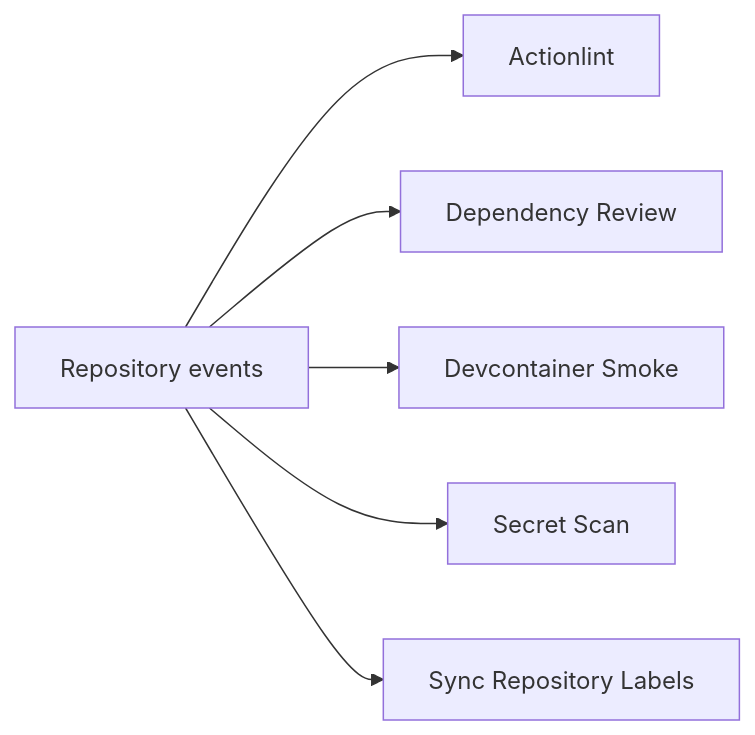
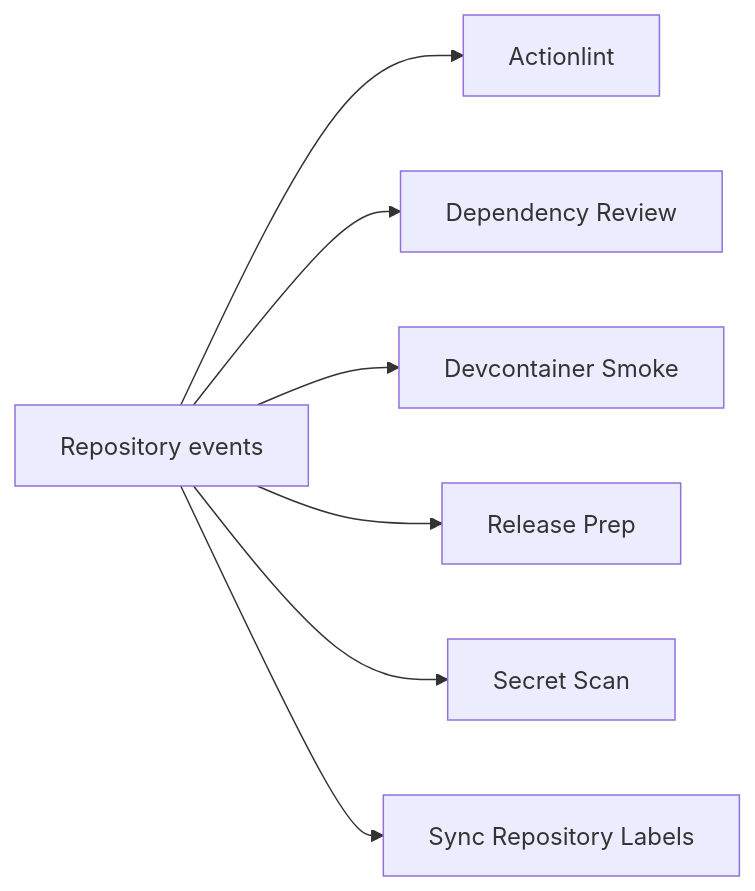
Before and after one commit to danigutsch/ViajantesTurismo: the second of 3 diagrams in docs/architecture/ci-validation-flows.md, drawn with Mermaid. The commit also changed 5 other files, not shown here.

Commit message:
ci: add release prep workflow

````diff
--- a/docs/architecture/ci-validation-flows.md
+++ b/docs/architecture/ci-validation-flows.md
@@ -83,14 +83,16 @@
 ```mermaid
 flowchart LR
     repo[Repository events]
     actionlint[Actionlint]
     repo --> actionlint
     dependency_review[Dependency Review]
     repo --> dependency_review
     devcontainer_smoke[Devcontainer Smoke]
     repo --> devcontainer_smoke
+    release_prep[Release Prep]
+    repo --> release_prep
     secret_scan[Secret Scan]
     repo --> secret_scan
     sync_labels[Sync Repository Labels]
     repo --> sync_labels
 ```
````
